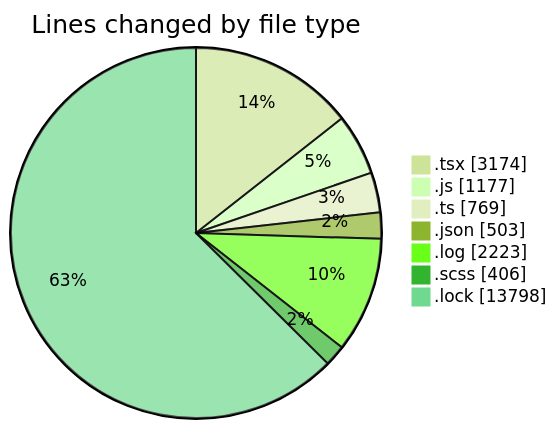
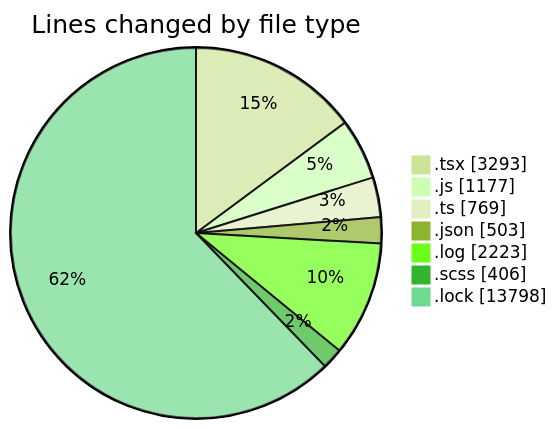
Before and after one commit to momahboobian/code-tracking: the first of 2 diagrams in 2026-04-17/cda/README.md, drawn with Mermaid (forest theme). The commit also changed other lines of this file and 1 other file, not shown here.

````diff
--- a/2026-04-17/cda/README.md
+++ b/2026-04-17/cda/README.md
@@ -53,11 +54,11 @@
 ```mermaid
 pie showData
 title Lines changed by file type
-".tsx" : 3174
+".tsx" : 3293
 ".js" : 1177
 ".ts" : 769
 ".json" : 503
 ".log" : 2223
 ".scss" : 406
 ".lock" : 13798
 ```
````
